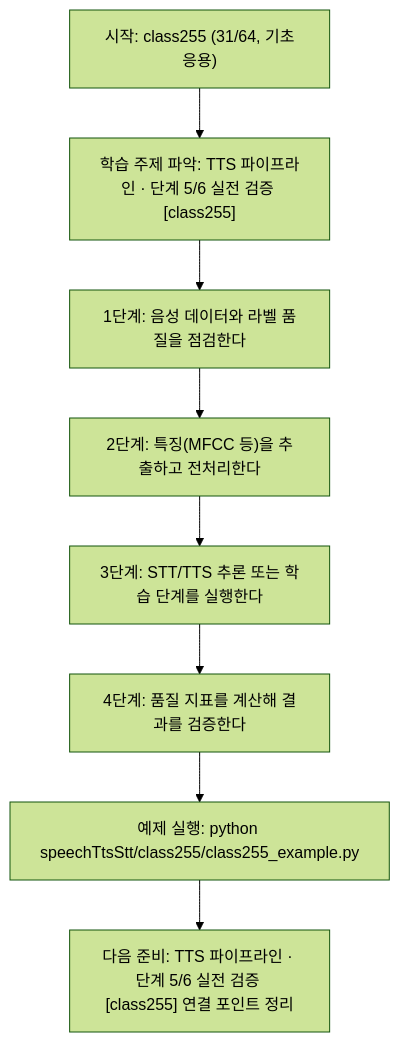
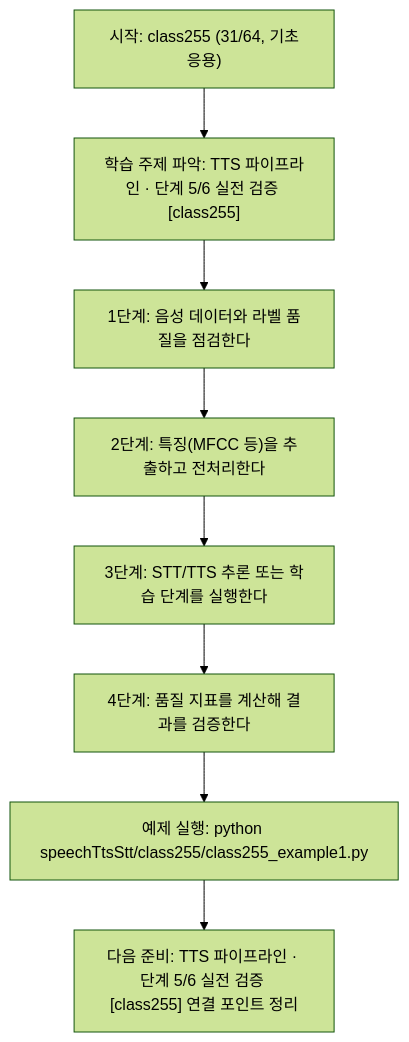
Before and after one commit to edumgt/Python-AI_Agent-Class: the diagram in speechTtsStt/class255/class255.md, drawn with Mermaid (forest theme). The commit also changed other lines of this file and 2959 other files, not shown here.

````diff
--- a/speechTtsStt/class255/class255.md
+++ b/speechTtsStt/class255/class255.md
@@ -113,18 +113,18 @@
 ```mermaid
 flowchart TD
 N1["시작: class255 (31/64, 기초응용)"]
 N2["학습 주제 파악: TTS 파이프라인 · 단계 5/6 실전 검증 [class255]"]
 N3["1단계: 음성 데이터와 라벨 품질을 점검한다"]
 N4["2단계: 특징(MFCC 등)을 추출하고 전처리한다"]
 N5["3단계: STT/TTS 추론 또는 학습 단계를 실행한다"]
 N6["4단계: 품질 지표를 계산해 결과를 검증한다"]
-N7["예제 실행: python speechTtsStt/class255/class255_example.py"]
+N7["예제 실행: python speechTtsStt/class255/class255_example1.py"]
 N8["다음 준비: TTS 파이프라인 · 단계 5/6 실전 검증 [class255] 연결 포인트 정리"]
 N1 --> N2
 N2 --> N3
 N3 --> N4
 N4 --> N5
 N5 --> N6
 N6 --> N7
 N7 --> N8
 ```
````
